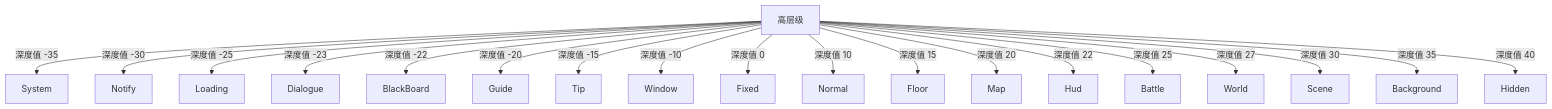
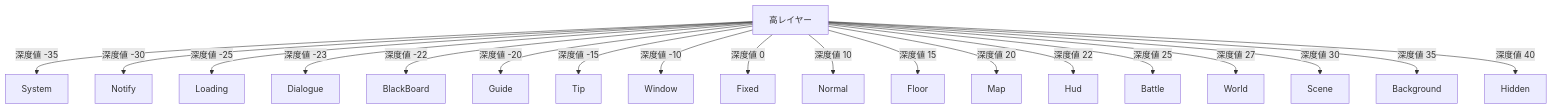
The third of 3 diagrams in docs/ja/client/unity/component/ui/03.getting-started.md (AlianBlank/GameFrameX.Docs), drawn with Mermaid before and after one commit. The commit also changed other lines of this file and 320 other files, not shown here.

````diff
--- a/docs/ja/client/unity/component/ui/03.getting-started.md
+++ b/docs/ja/client/unity/component/ui/03.getting-started.md
@@ -279,21 +279,21 @@
 ```mermaid
 graph TD
-    高层级 --> |深度值 -35| System
-    高层级 --> |深度值 -30| Notify
-    高层级 --> |深度值 -25| Loading
-    高层级 --> |深度值 -23| Dialogue
-    高层级 --> |深度值 -22| BlackBoard
-    高层级 --> |深度值 -20| Guide
-    高层级 --> |深度值 -15| Tip
-    高层级 --> |深度值 -10| Window
-    高层级 --> |深度值 0| Fixed
-    高层级 --> |深度值 10| Normal
-    高层级 --> |深度值 15| Floor
-    高层级 --> |深度值 20| Map
-    高层级 --> |深度值 22| Hud
-    高层级 --> |深度值 25| Battle
-    高层级 --> |深度值 27| World
-    高层级 --> |深度值 30| Scene
-    高层级 --> |深度值 35| Background
-    高层级 --> |深度值 40| Hidden
+    高レイヤー --> |深度値 -35| System
+    高レイヤー --> |深度値 -30| Notify
+    高レイヤー --> |深度値 -25| Loading
+    高レイヤー --> |深度値 -23| Dialogue
+    高レイヤー --> |深度値 -22| BlackBoard
+    高レイヤー --> |深度値 -20| Guide
+    高レイヤー --> |深度値 -15| Tip
+    高レイヤー --> |深度値 -10| Window
+    高レイヤー --> |深度値 0| Fixed
+    高レイヤー --> |深度値 10| Normal
+    高レイヤー --> |深度値 15| Floor
+    高レイヤー --> |深度値 20| Map
+    高レイヤー --> |深度値 22| Hud
+    高レイヤー --> |深度値 25| Battle
+    高レイヤー --> |深度値 27| World
+    高レイヤー --> |深度値 30| Scene
+    高レイヤー --> |深度値 35| Background
+    高レイヤー --> |深度値 40| Hidden
 ```
````
